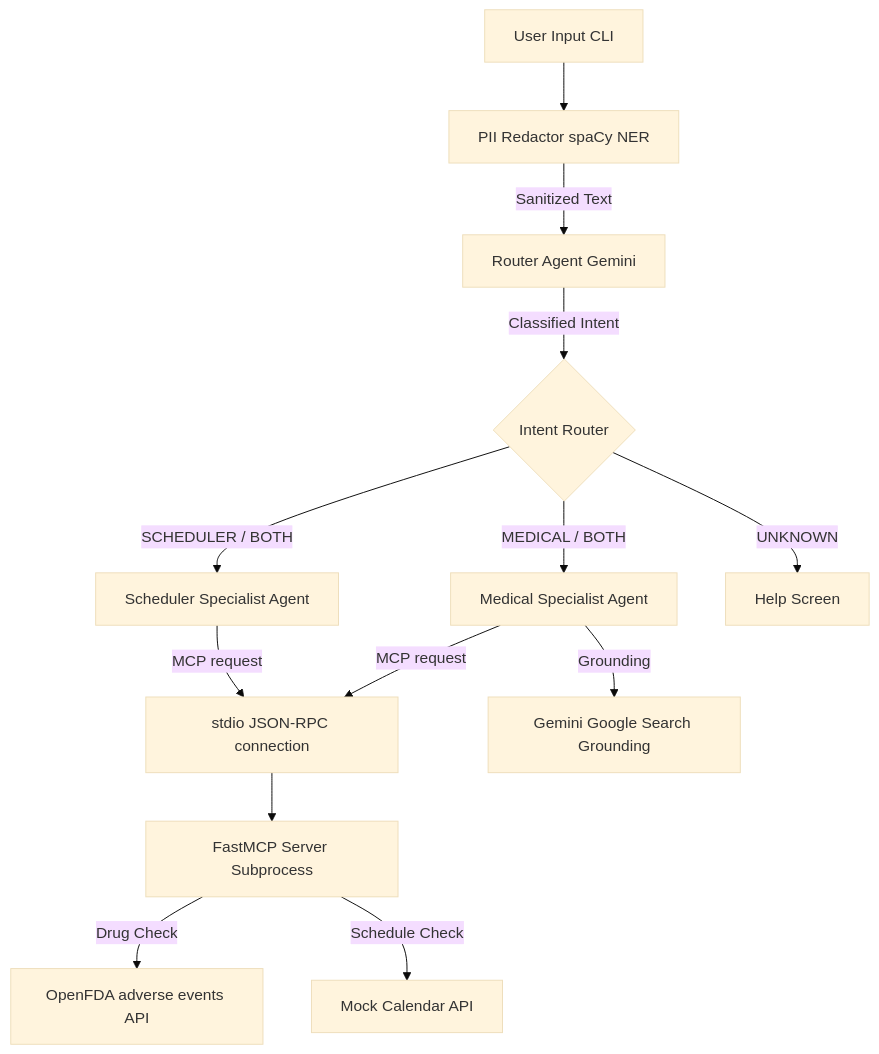
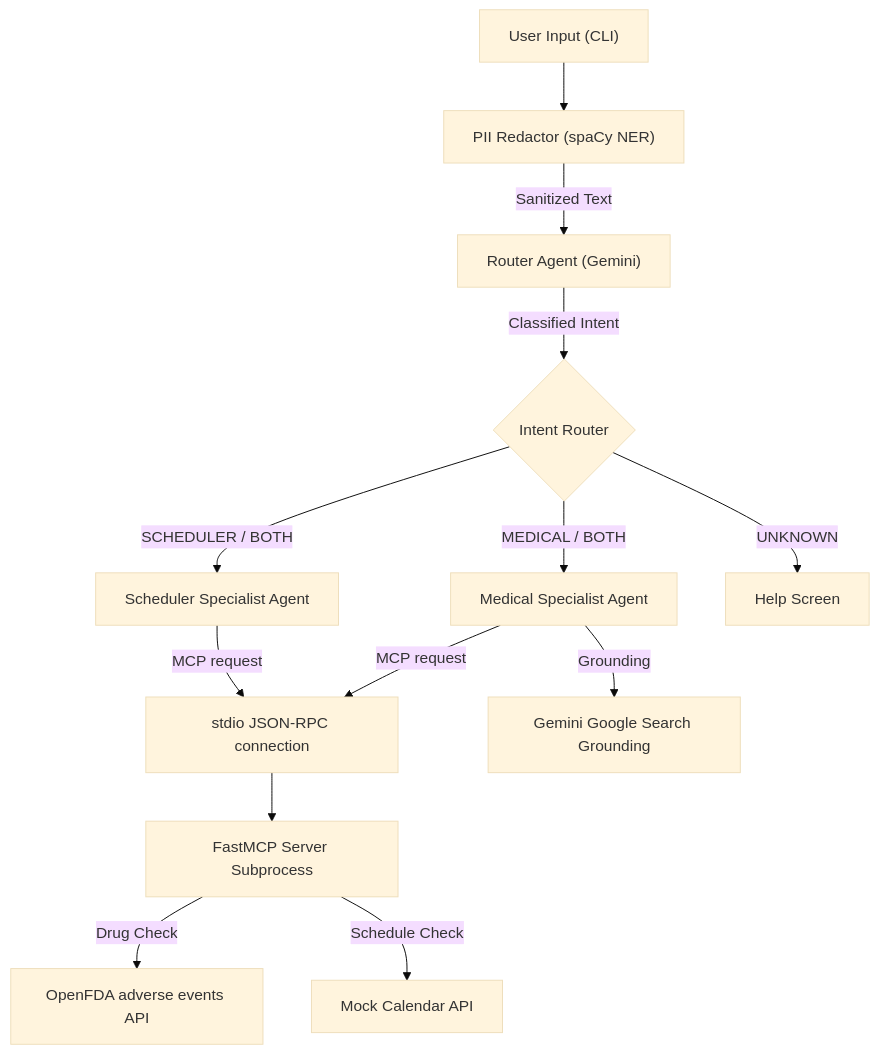
One commit to deveshpunjabi/MedBridge-AI changed the diagram in README.md. Above: the diagram before and after it, drawn with Mermaid (base theme).

Commit message:
Fix syntax of Mermaid diagram in README.md

````diff
--- a/README.md
+++ b/README.md
@@ -28,15 +28,15 @@
 ```mermaid
 graph TD
-    A[User Input CLI] --> B[PII Redactor spaCy NER]
-    B -->|Sanitized Text| C[Router Agent Gemini]
-    C -->|Classified Intent| D{Intent Router}
-    D -->|MEDICAL / BOTH| E[Medical Specialist Agent]
-    D -->|SCHEDULER / BOTH| F[Scheduler Specialist Agent]
-    D -->|UNKNOWN| G[Help Screen]
-    E -->|MCP request| H[stdio JSON-RPC connection]
+    A["User Input (CLI)"] --> B["PII Redactor (spaCy NER)"]
+    B -->|Sanitized Text| C["Router Agent (Gemini)"]
+    C -->|Classified Intent| D{"Intent Router"}
+    D -->|MEDICAL / BOTH| E["Medical Specialist Agent"]
+    D -->|SCHEDULER / BOTH| F["Scheduler Specialist Agent"]
+    D -->|UNKNOWN| G["Help Screen"]
+    E -->|MCP request| H["stdio JSON-RPC connection"]
     F -->|MCP request| H
-    H --> I[FastMCP Server Subprocess]
-    I -->|Drug Check| J[OpenFDA adverse events API]
-    I -->|Schedule Check| K[Mock Calendar API]
-    E -->|Grounding| L[Gemini Google Search Grounding]
+    H --> I["FastMCP Server Subprocess"]
+    I -->|Drug Check| J["OpenFDA adverse events API"]
+    I -->|Schedule Check| K["Mock Calendar API"]
+    E -->|Grounding| L["Gemini Google Search Grounding"]
 ```
````
